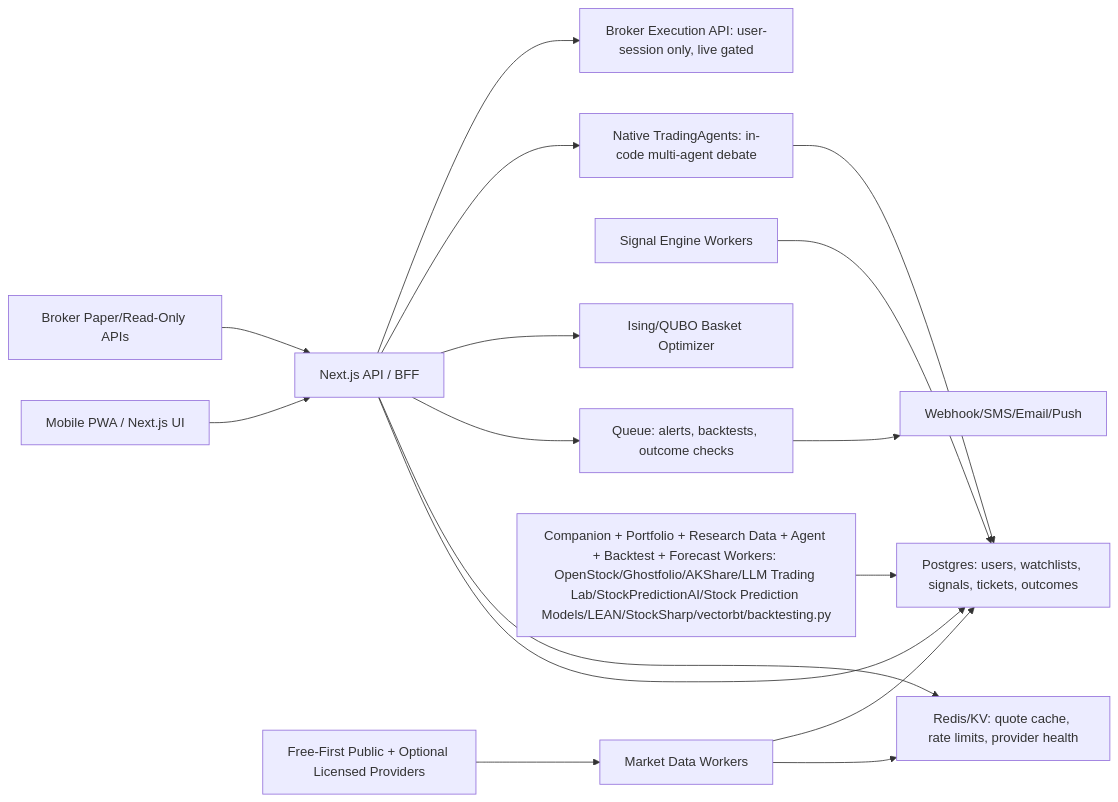
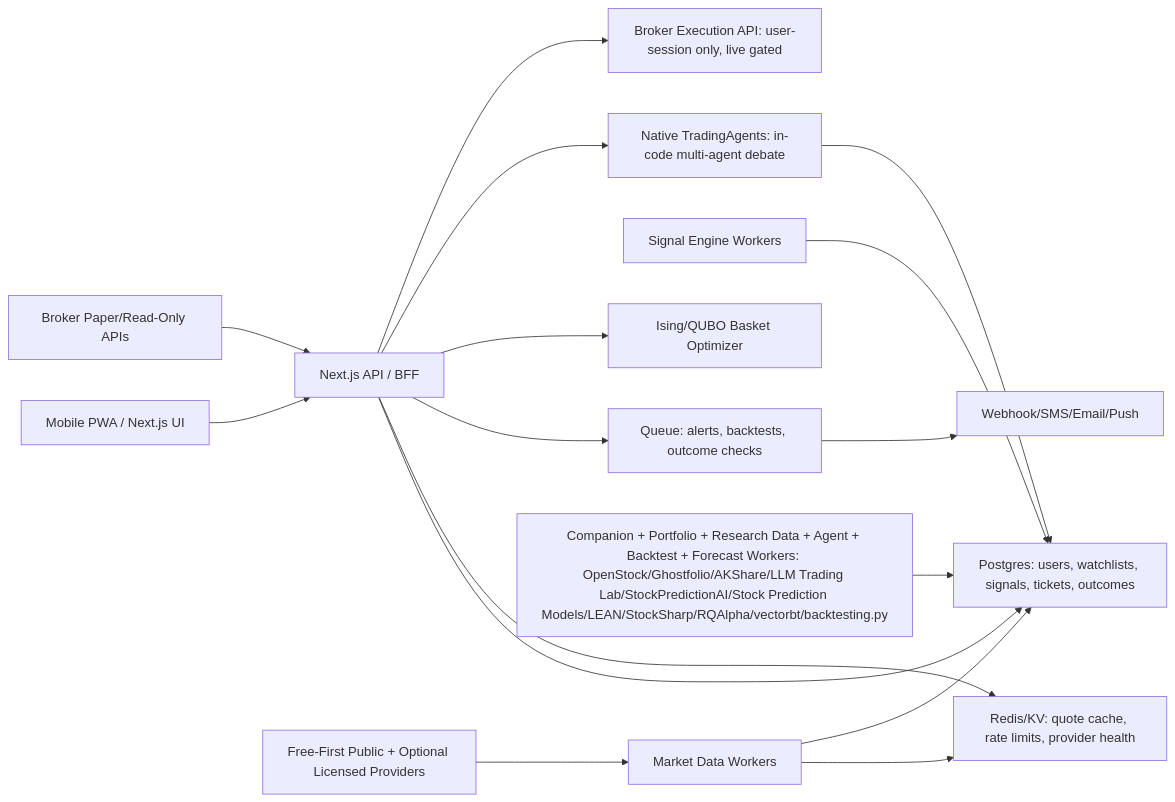
One commit to pinohu/trading-intel changed the diagram in docs/ARCHITECTURE.md. Above: the diagram before and after it, drawn with Mermaid. The commit also changed other lines of this file and 14 other files, not shown here.

Commit message:
Add RQAlpha backtest worker lane

````diff
--- a/docs/ARCHITECTURE.md
+++ b/docs/ARCHITECTURE.md
@@ -35,18 +35,18 @@
 ```mermaid
 flowchart LR
   UI["Mobile PWA / Next.js UI"] --> BFF["Next.js API / BFF"]
   BFF --> DB["Postgres: users, watchlists, signals, tickets, outcomes"]
   BFF --> Cache["Redis/KV: quote cache, rate limits, provider health"]
   BFF --> Queue["Queue: alerts, backtests, outcome checks"]
   DataWorker["Market Data Workers"] --> Cache
   DataWorker --> DB
   Providers["Free-First Public + Optional Licensed Providers"] --> DataWorker
   SignalWorker["Signal Engine Workers"] --> DB
   BFF --> Ising["Ising/QUBO Basket Optimizer"]
   BFF --> TradingAgents["Native TradingAgents: in-code multi-agent debate"]
   TradingAgents --> DB
-  BacktestWorker["Companion + Portfolio + Research Data + Agent + Backtest + Forecast Workers: OpenStock/Ghostfolio/AKShare/LLM Trading Lab/StockPredictionAI/Stock Prediction Models/LEAN/StockSharp/vectorbt/backtesting.py"] --> DB
+  BacktestWorker["Companion + Portfolio + Research Data + Agent + Backtest + Forecast Workers: OpenStock/Ghostfolio/AKShare/LLM Trading Lab/StockPredictionAI/Stock Prediction Models/LEAN/StockSharp/RQAlpha/vectorbt/backtesting.py"] --> DB
   Broker["Broker Paper/Read-Only APIs"] --> BFF
   BFF --> BrokerExec["Broker Execution API: user-session only, live gated"]
   Queue --> Alerts["Webhook/SMS/Email/Push"]
 ```
````
